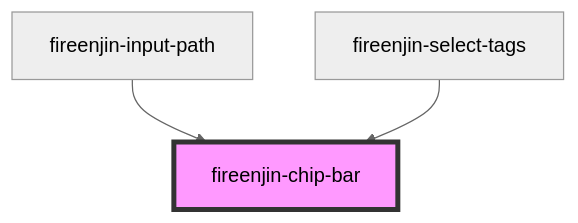
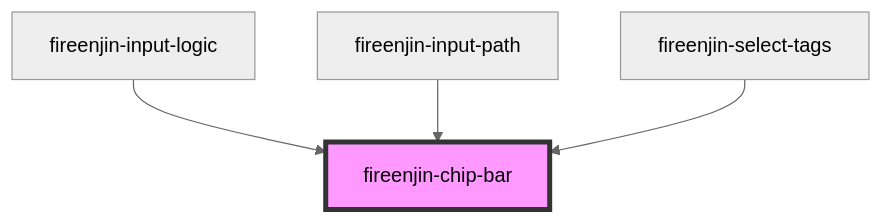
The diagram in src/components/chip-bar/readme.md (FireEnjin/Components), drawn with Mermaid (neutral theme) before and after one commit. The commit also changed other lines of this file and 3 other files, not shown here.

Commit message:
fix(input-logic): Update statements if updating code

````diff
--- a/src/components/chip-bar/readme.md
+++ b/src/components/chip-bar/readme.md
@@ -16,6 +17,7 @@
 ```mermaid
 graph TD;
+  fireenjin-input-logic --> fireenjin-chip-bar
   fireenjin-input-path --> fireenjin-chip-bar
   fireenjin-select-tags --> fireenjin-chip-bar
   style fireenjin-chip-bar fill:#f9f,stroke:#333,stroke-width:4px
 ```
````
